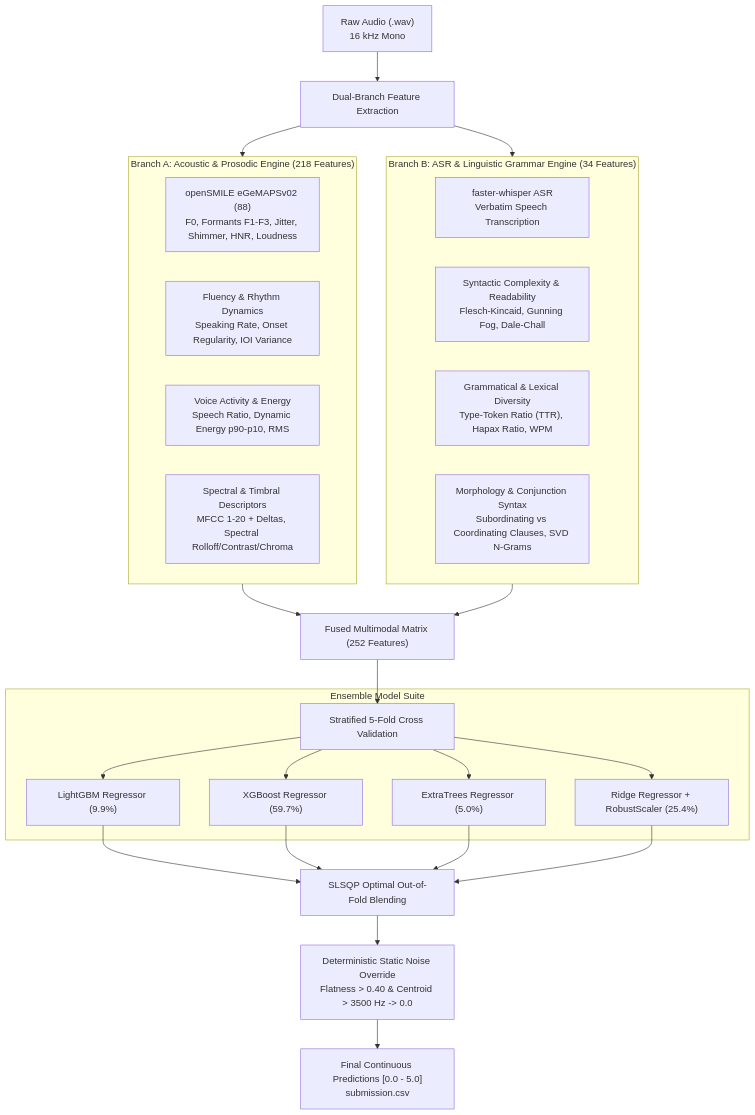
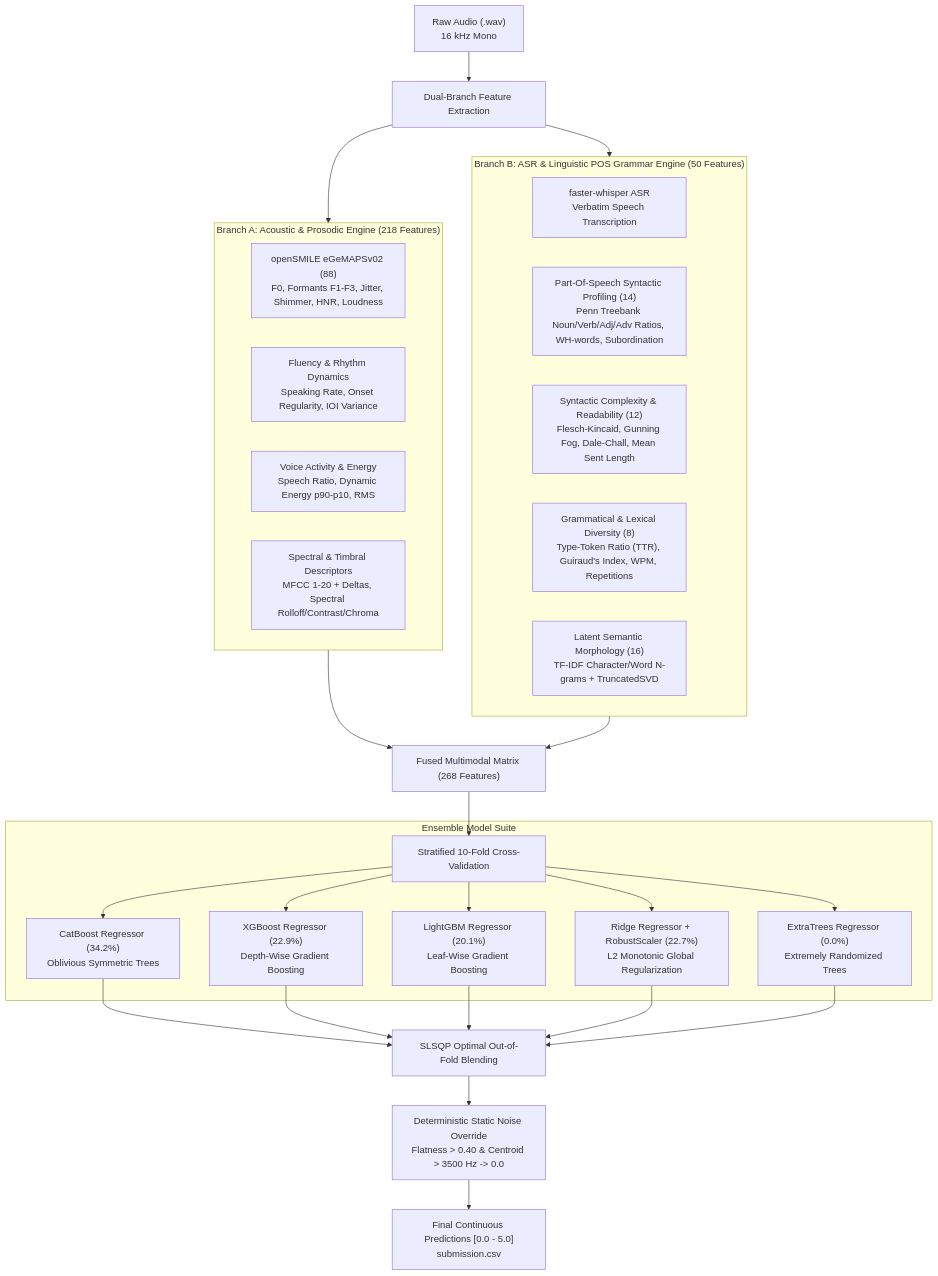
Before and after one commit to Sehaj64/shl-hiring-assessment-2026: the diagram in README.md, drawn with Mermaid. The commit also changed other lines of this file and 8 other files, not shown here.

Commit message:
feat: upgrade multimodal engine with POS syntactic profiling, 10-fold CV, and updated predictions

````diff
--- a/README.md
+++ b/README.md
@@ -31,41 +31,44 @@
 ```mermaid
 flowchart TD
     A["Raw Audio (.wav)<br>16 kHz Mono"] --> B["Dual-Branch Feature Extraction"]
     
     subgraph BranchA ["Branch A: Acoustic & Prosodic Engine (218 Features)"]
         A1["openSMILE eGeMAPSv02 (88)<br>F0, Formants F1-F3, Jitter, Shimmer, HNR, Loudness"]
         A2["Fluency & Rhythm Dynamics<br>Speaking Rate, Onset Regularity, IOI Variance"]
         A3["Voice Activity & Energy<br>Speech Ratio, Dynamic Energy p90-p10, RMS"]
         A4["Spectral & Timbral Descriptors<br>MFCC 1-20 + Deltas, Spectral Rolloff/Contrast/Chroma"]
     end
     
-    subgraph BranchB ["Branch B: ASR & Linguistic Grammar Engine (34 Features)"]
+    subgraph BranchB ["Branch B: ASR & Linguistic POS Grammar Engine (50 Features)"]
         B1["faster-whisper ASR<br>Verbatim Speech Transcription"]
-        B2["Syntactic Complexity & Readability<br>Flesch-Kincaid, Gunning Fog, Dale-Chall"]
-        B3["Grammatical & Lexical Diversity<br>Type-Token Ratio (TTR), Hapax Ratio, WPM"]
-        B4["Morphology & Conjunction Syntax<br>Subordinating vs Coordinating Clauses, SVD N-Grams"]
+        B2["Part-Of-Speech Syntactic Profiling (14)<br>Penn Treebank Noun/Verb/Adj/Adv Ratios, WH-words, Subordination"]
+        B3["Syntactic Complexity & Readability (12)<br>Flesch-Kincaid, Gunning Fog, Dale-Chall, Mean Sent Length"]
+        B4["Grammatical & Lexical Diversity (8)<br>Type-Token Ratio (TTR), Guiraud's Index, WPM, Repetitions"]
+        B5["Latent Semantic Morphology (16)<br>TF-IDF Character/Word N-grams + TruncatedSVD"]
     end
     
     B --> BranchA
     B --> BranchB
     
-    BranchA --> D["Fused Multimodal Matrix (252 Features)"]
+    BranchA --> D["Fused Multimodal Matrix (268 Features)"]
     BranchB --> D
     
-    D --> E["Stratified 5-Fold Cross Validation"]
+    D --> E["Stratified 10-Fold Cross-Validation"]
     
     subgraph Ensemble ["Ensemble Model Suite"]
-        E --> M1["LightGBM Regressor (9.9%)"]
-        E --> M2["XGBoost Regressor (59.7%)"]
-        E --> M3["ExtraTrees Regressor (5.0%)"]
-        E --> M4["Ridge Regressor + RobustScaler (25.4%)"]
+        E --> M1["CatBoost Regressor (34.2%)<br>Oblivious Symmetric Trees"]
+        E --> M2["XGBoost Regressor (22.9%)<br>Depth-Wise Gradient Boosting"]
+        E --> M3["LightGBM Regressor (20.1%)<br>Leaf-Wise Gradient Boosting"]
+        E --> M4["Ridge Regressor + RobustScaler (22.7%)<br>L2 Monotonic Global Regularization"]
+        E --> M5["ExtraTrees Regressor (0.0%)<br>Extremely Randomized Trees"]
     end
     
     M1 --> F["SLSQP Optimal Out-of-Fold Blending"]
     M2 --> F
     M3 --> F
     M4 --> F
+    M5 --> F
     
     F --> G["Deterministic Static Noise Override<br>Flatness > 0.40 & Centroid > 3500 Hz -> 0.0"]
     G --> H["Final Continuous Predictions [0.0 - 5.0]<br>submission.csv"]
 ```
````
